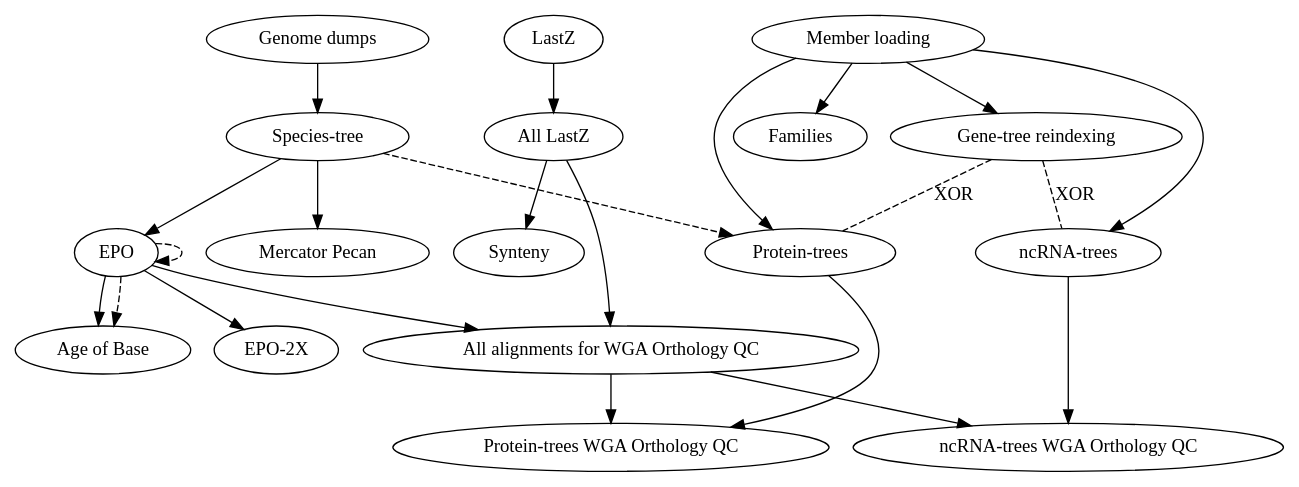
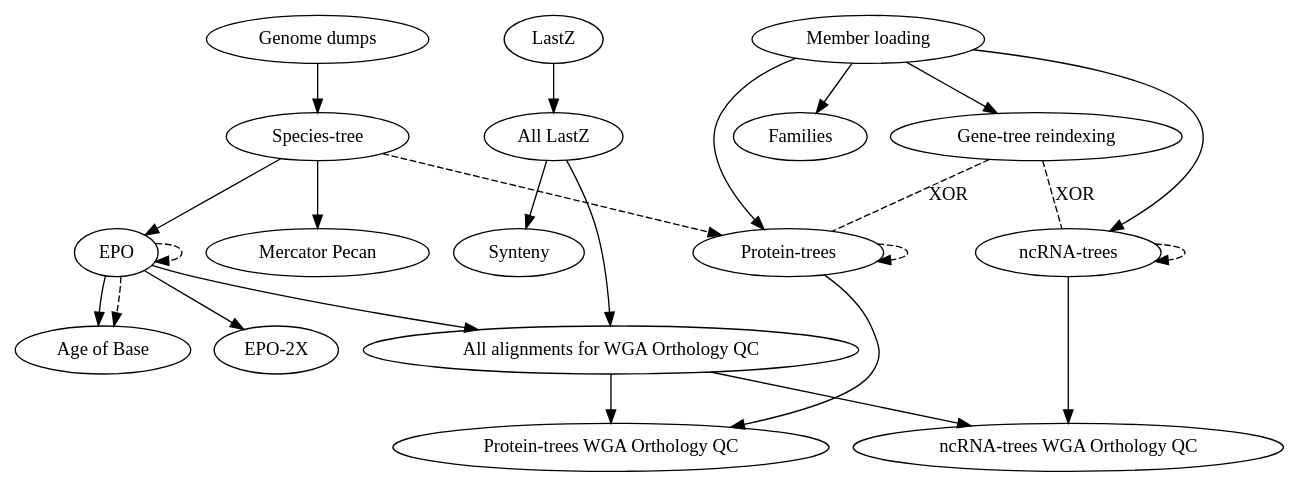
One commit to Ensembl/ensembl-compara changed the diagram in scripts/jira_tickets/compara_merged.dot. Above: the diagram before and after it, drawn with Graphviz.

Commit message:
The mouse-strains trees need the main trees

```diff
--- a/scripts/jira_tickets/compara_merged.dot
+++ b/scripts/jira_tickets/compara_merged.dot
@@ -1,20 +1,22 @@
 digraph {
     "Genome dumps" -> "Species-tree";
     "Species-tree" -> { "EPO", "Mercator Pecan" };
     "EPO" -> "EPO-2X";
     "EPO" -> "Age of Base";
     "Member loading" -> { "Protein-trees", "ncRNA-trees", "Families", "Gene-tree reindexing" };
     "Protein-trees" -> "Protein-trees WGA Orthology QC";
     "ncRNA-trees" -> "ncRNA-trees WGA Orthology QC";
     {"All LastZ", "EPO"} -> "All alignments for WGA Orthology QC" -> {"Protein-trees WGA Orthology QC", "ncRNA-trees WGA Orthology QC"};
     "LastZ" -> "All LastZ" -> "Synteny";
 
     "Gene-tree reindexing" -> "ncRNA-trees" [style="dashed", dir=none, label="XOR", headport="murinae:w", tailport="murinae:s"];
     "Gene-tree reindexing" -> "Protein-trees" [style="dashed", dir=none, label="XOR", headport="murinae:e", tailport="murinae:s"];
     "EPO" -> "EPO" [style="dashed", headport="Primates:e", tailport="Mammals:e"];
     "EPO" -> "Age of Base" [style="dashed", headport="Vertebrates:w", tailport="Mammals:w"];
     "Species-tree" -> "Protein-trees" [style="dashed", headport="Plants:w", tailport="Plants"];
+    "Protein-trees" -> "Protein-trees" [style="dashed", headport="Murinae:w", tailport="Default vertebrates:w"];
+    "ncRNA-trees" -> "ncRNA-trees" [style="dashed", headport="Murinae:e", tailport="Default vertebrates:e"];
 
     // Helps laying out the graph
     {rank = same; "Genome dumps"; "LastZ"; "Member loading"; }
 }
```
